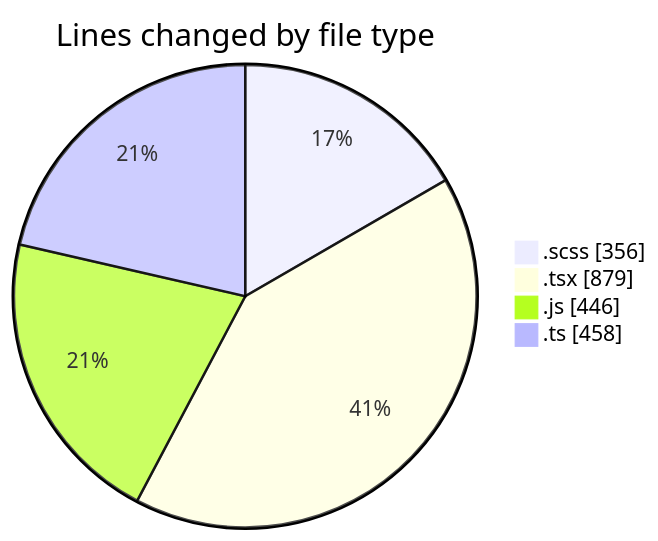
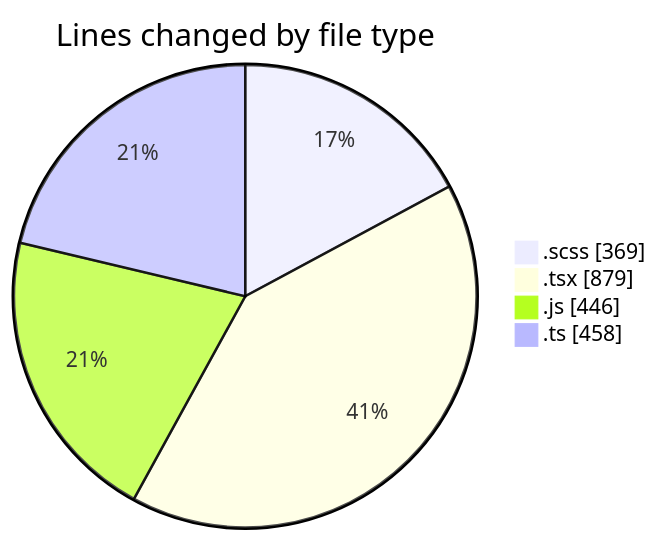
The first of 2 diagrams in 2025-03-14/cda/README.md (momahboobian/code-tracking), drawn with Mermaid before and after one commit. The commit also changed other lines of this file and 1 other file, not shown here.

````diff
--- a/2025-03-14/cda/README.md
+++ b/2025-03-14/cda/README.md
@@ -34,8 +34,8 @@
 ```mermaid
 pie showData
 title Lines changed by file type
-".scss" : 356
+".scss" : 369
 ".tsx" : 879
 ".js" : 446
 ".ts" : 458
 ```
````
